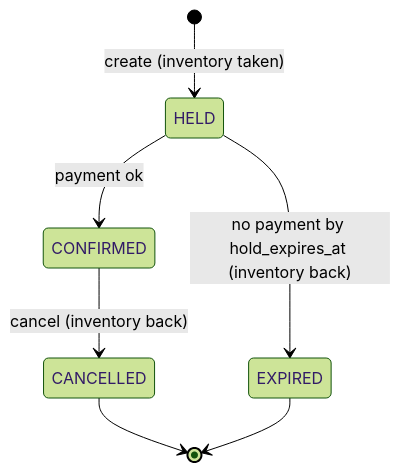
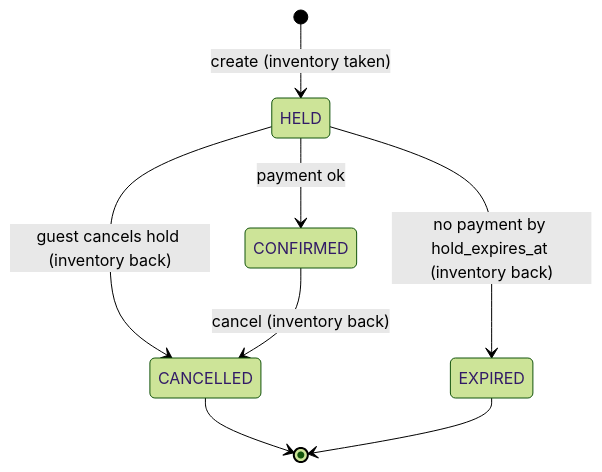
The third of 3 diagrams in src/content/notes/07-hld-problems/hld-hotel-reservation.mdx (amanleloush/STACKTRACE), drawn with Mermaid (forest theme) before and after one commit. The commit also changed other lines of this file and 36 other files, not shown here.

First line of the commit message:
Class/state diagrams for all LLD notes; fix 17 text/diagram inconsistencies

````diff
--- a/src/content/notes/07-hld-problems/hld-hotel-reservation.mdx
+++ b/src/content/notes/07-hld-problems/hld-hotel-reservation.mdx
@@ -279,9 +279,10 @@
 ```mermaid
 stateDiagram-v2
     [*] --> HELD : create (inventory taken)
     HELD --> CONFIRMED : payment ok
+    HELD --> CANCELLED : guest cancels hold (inventory back)
     CONFIRMED --> CANCELLED : cancel (inventory back)
     HELD --> EXPIRED : no payment by hold_expires_at (inventory back)
     CANCELLED --> [*]
     EXPIRED --> [*]
 ```
````
